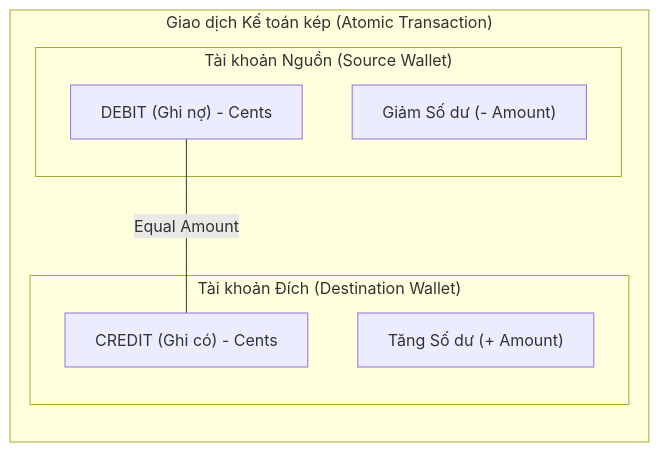
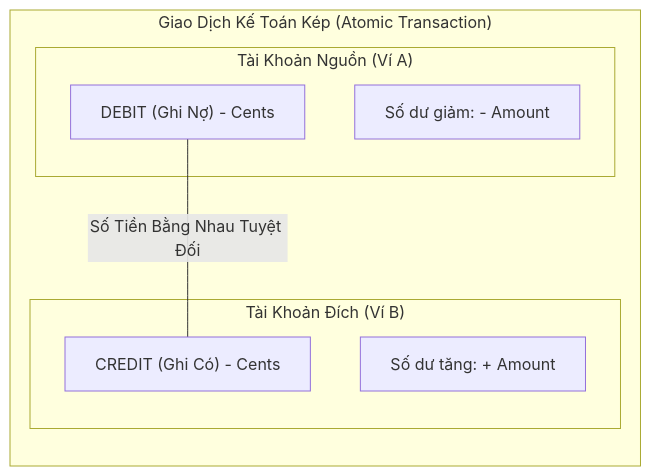
The first of 6 diagrams in docs/diagram/ledger.md (dducsw/mini-digital-wallet), drawn with Mermaid before and after one commit. The commit also changed other lines of this file and 147 other files, not shown here.

````diff
--- a/docs/diagram/ledger.md
+++ b/docs/diagram/ledger.md
@@ -15,17 +17,17 @@
 ```mermaid
 flowchart LR
-    subgraph Transaction["Giao dịch Kế toán kép (Atomic Transaction)"]
+    subgraph Transaction["Giao Dịch Kế Toán Kép (Atomic Transaction)"]
         direction TB
-        subgraph SourceAccount["Tài khoản Nguồn (Source Wallet)"]
-            D["DEBIT (Ghi nợ) - Cents"]
-            D_BAL["Giảm Số dư (- Amount)"]
+        subgraph SourceAccount["Tài Khoản Nguồn (Ví A)"]
+            D["DEBIT (Ghi Nợ) - Cents"]
+            D_BAL["Số dư giảm: - Amount"]
         end
 
-        subgraph DestAccount["Tài khoản Đích (Destination Wallet)"]
-            C["CREDIT (Ghi có) - Cents"]
-            C_BAL["Tăng Số dư (+ Amount)"]
+        subgraph DestAccount["Tài Khoản Đích (Ví B)"]
+            C["CREDIT (Ghi Có) - Cents"]
+            C_BAL["Số dư tăng: + Amount"]
         end
 
-        D ---|Equal Amount| C
+        D ---|Số Tiền Bằng Nhau Tuyệt Đối| C
     end
 ```
````
